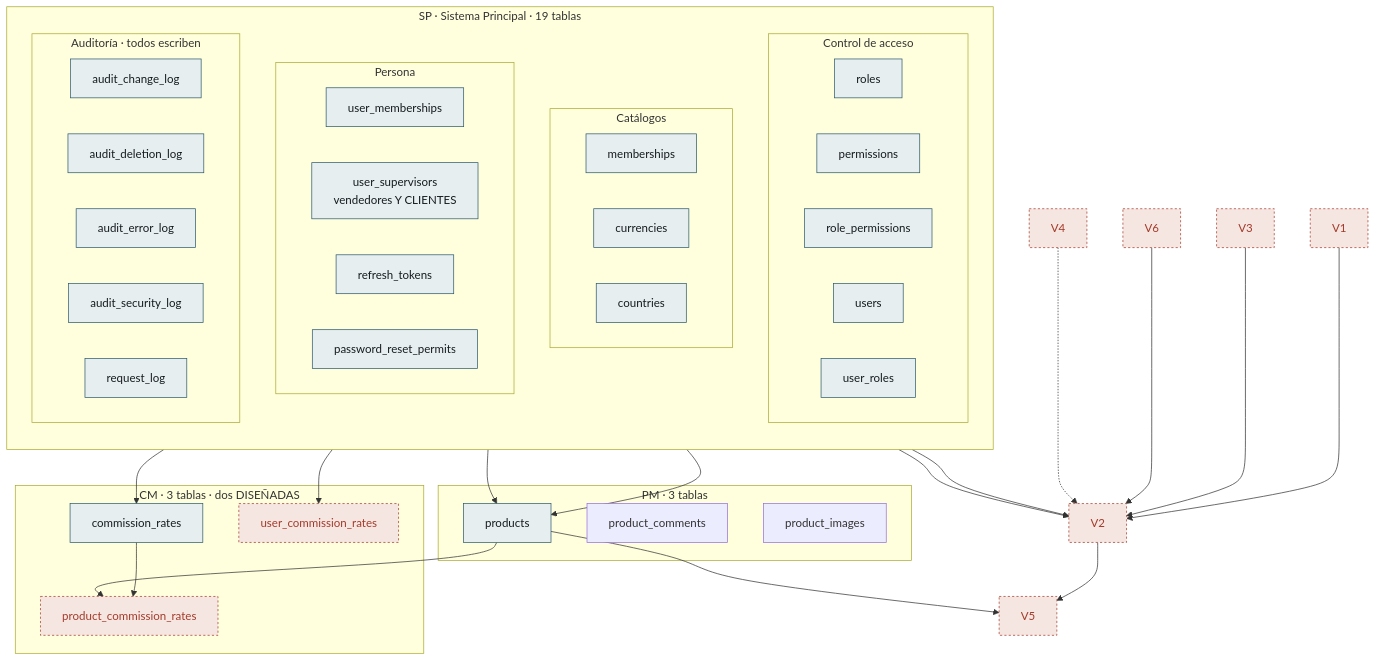
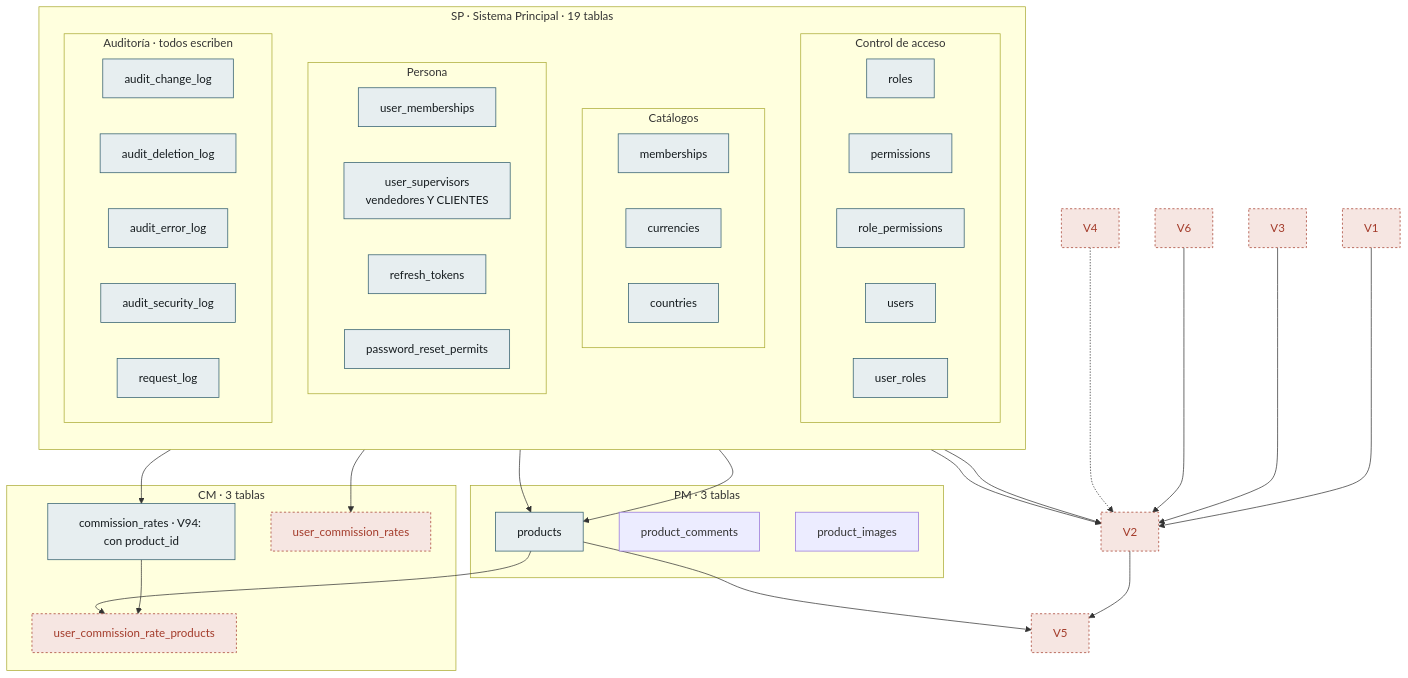
One commit to NexusPro-Dev/backend changed the fifth of 5 diagrams in docs/modelo-datos.md. Above: the diagram before and after it, drawn with Mermaid. The commit also changed other lines of this file and 65 other files, not shown here.

````diff
--- a/docs/modelo-datos.md
+++ b/docs/modelo-datos.md
@@ -649,69 +645,69 @@
 ```mermaid
 flowchart TB
     subgraph SP["SP · Sistema Principal · 19 tablas"]
         direction TB
         subgraph ACC["Control de acceso"]
             direction LR
             A1["roles"]
             A2["permissions"]
             A3["role_permissions"]
             C1["users"]
             C2["user_roles"]
         end
         subgraph CAT["Catálogos"]
             direction LR
             A4["memberships"]
             A5["currencies"]
             A6["countries"]
         end
         subgraph PER["Persona"]
             direction LR
             C6["user_memberships"]
             C4["user_supervisors<br/>vendedores Y CLIENTES"]
             C3["refresh_tokens"]
             C5["password_reset_permits"]
         end
         subgraph AUD["Auditoría · todos escriben"]
             direction LR
             B1["audit_change_log"]
             B2["audit_deletion_log"]
             B3["audit_error_log"]
             B4["audit_security_log"]
             OBS["request_log"]
         end
     end
 
     subgraph PM["PM · 3 tablas"]
         P1["products"]
         P2["product_comments"]
         P3["product_images"]
     end
 
-    subgraph CM["CM · 3 tablas · dos DISEÑADAS"]
-        M1["commission_rates"]
+    subgraph CM["CM · 3 tablas"]
+        M1["commission_rates · V94: con product_id"]
         M2["user_commission_rates"]
-        M3["product_commission_rates"]
+        M3["user_commission_rate_products"]
     end
 
 
     A4 --> P1
     A5 --> P1
     A1 --> M1
     M1 --> M3
     P1 --> M3
     C1 --> M2
     V2 --> V5
     P1 --> V5
     C1 --> V2
     A5 --> V2
     V1 --> V2
     V3 --> V2
     V6 --> V2
     V4 -.-> V2
 
     classDef escrita fill:#e7eef0,stroke:#2d5a6b,color:#151b1e
     classDef disenada fill:#f6e6e2,stroke:#a33b2a,stroke-dasharray:3 3,color:#a33b2a
     class A1,A2,A3,A4,A5,A6,B1,B2,B3,B4,C1,C2,C3,C4,C5,C6,OBS,P1,M1 escrita
     class M2,M3 disenada
     class V1,V2,V3,V4,V5,V6 disenada
 ```
````
